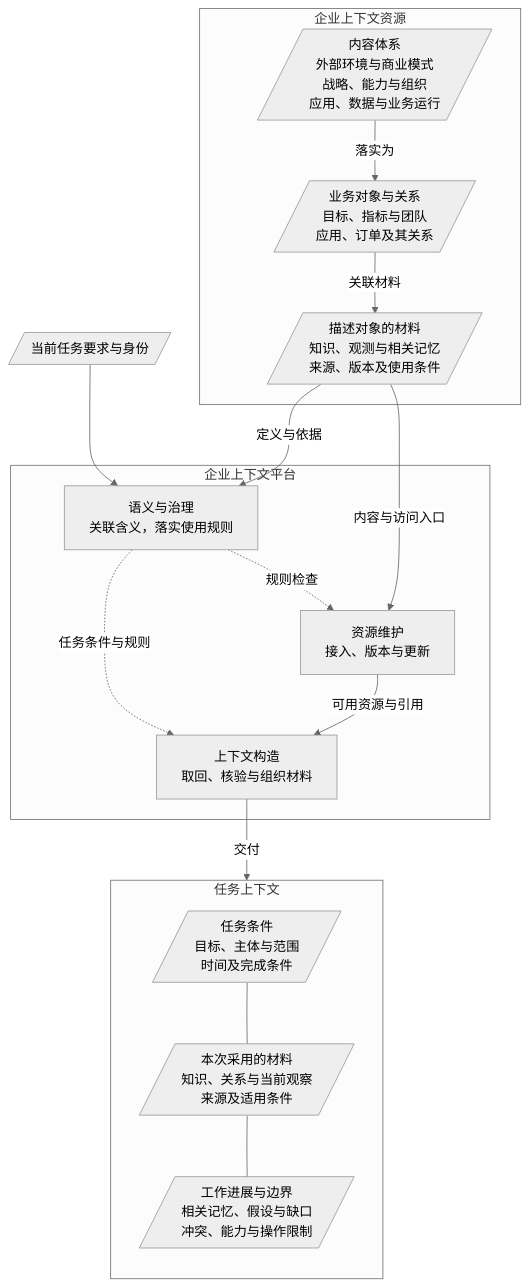
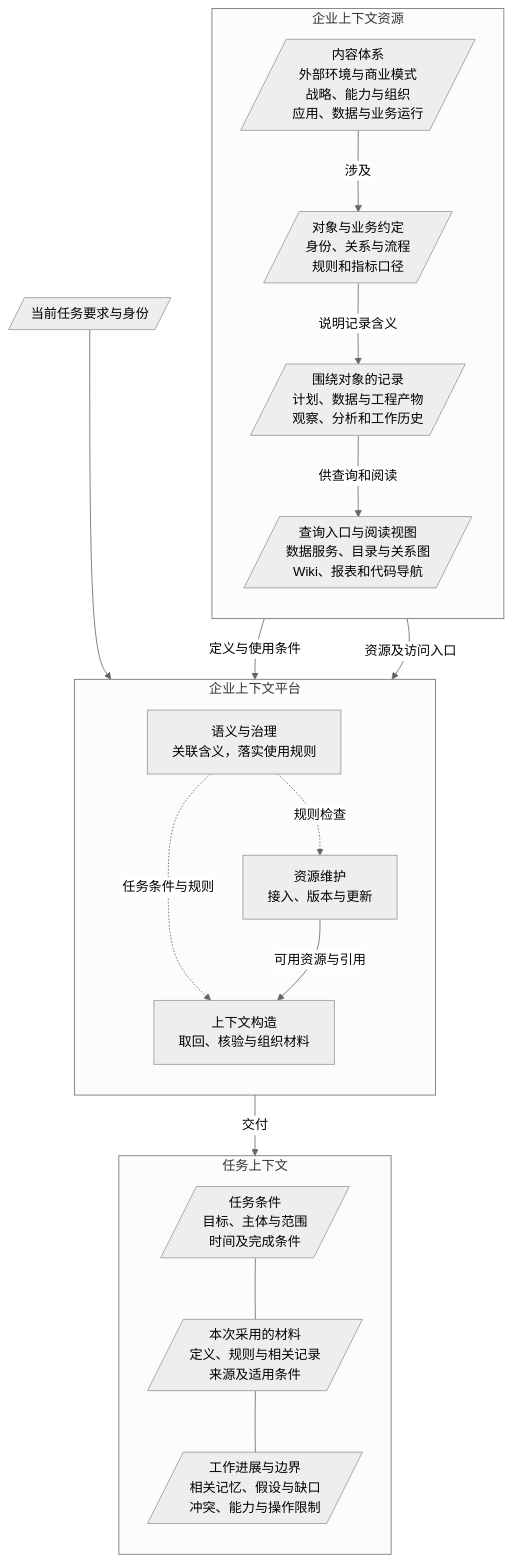
One commit to LENSHOOD/enterprise-context-book changed the first of 3 diagrams in book/part-1/chapter-03.md. Above: the diagram before and after it, drawn with Mermaid (neutral theme). The commit also changed other lines of this file and 10 other files, not shown here.

First line of the commit message:
v1.0.0-rc.29 docs: 理清企业资源的定义、记录与视图 (#31)

````diff
--- a/book/part-1/chapter-03.md
+++ b/book/part-1/chapter-03.md
@@ -9,30 +9,34 @@
 ```mermaid
 flowchart TB
   subgraph R["企业上下文资源"]
+    direction TB
     D[/"内容体系<br/>外部环境与商业模式<br/>战略、能力与组织<br/>应用、数据与业务运行"/]
-    O[/"业务对象与关系<br/>目标、指标与团队<br/>应用、订单及其关系"/]
-    M[/"描述对象的材料<br/>知识、观测与相关记忆<br/>来源、版本及使用条件"/]
-    D -->|落实为| O
-    O -->|关联材料| M
+    O[/"对象与业务约定<br/>身份、关系与流程<br/>规则和指标口径"/]
+    M[/"围绕对象的记录<br/>计划、数据与工程产物<br/>观察、分析和工作历史"/]
+    V[/"查询入口与阅读视图<br/>数据服务、目录与关系图<br/>Wiki、报表和代码导航"/]
+    D -->|涉及| O
+    O -->|说明记录含义| M
+    M -->|供查询和阅读| V
   end
   subgraph P["企业上下文平台"]
+    direction TB
     G["语义与治理<br/>关联含义，落实使用规则"]
     I["资源维护<br/>接入、版本与更新"]
     C["上下文构造<br/>取回、核验与组织材料"]
     G -.规则检查.-> I
     G -.任务条件与规则.-> C
     I -->|可用资源与引用| C
   end
   Q[/"当前任务要求与身份"/] --> G
-  M -->|定义与依据| G
-  M -->|内容与访问入口| I
+  R -->|定义与使用条件| G
+  R -->|资源及访问入口| I
   subgraph T["任务上下文"]
     direction TB
     S[/"任务条件<br/>目标、主体与范围<br/>时间及完成条件"/]
-    E[/"本次采用的材料<br/>知识、关系与当前观察<br/>来源及适用条件"/]
+    E[/"本次采用的材料<br/>定义、规则与相关记录<br/>来源及适用条件"/]
     W[/"工作进展与边界<br/>相关记忆、假设与缺口<br/>冲突、能力与操作限制"/]
     S --- E
     E --- W
   end
   C -->|交付| T
 ```
````
